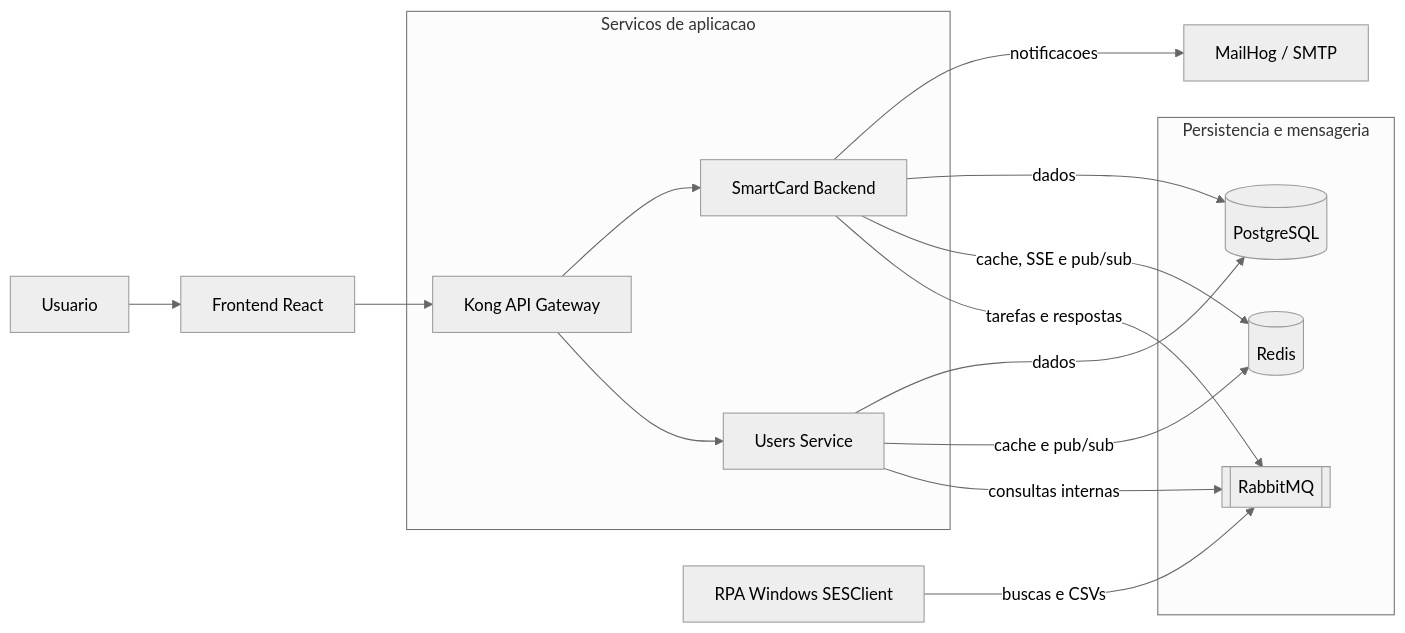
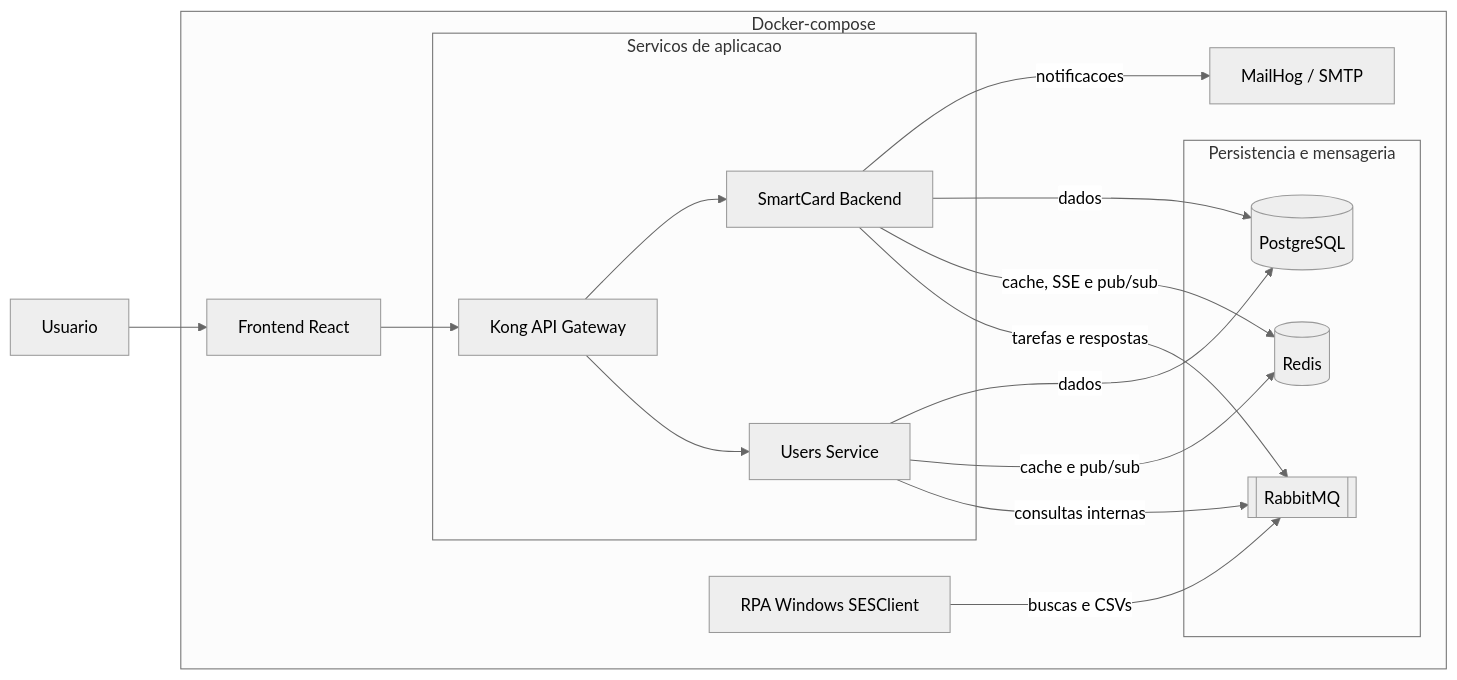
The diagram in README.md (AnaScassa/Projeto-LabAcess), drawn with Mermaid (neutral theme) before and after one commit.

Commit message:
atualizações

````diff
--- a/README.md
+++ b/README.md
@@ -7,25 +7,28 @@
 ```mermaid
 flowchart LR
 	U[Usuario] --> F[Frontend React]
-	F --> K[Kong API Gateway]
 
-	subgraph Servicos[Servicos de aplicacao]
-		K --> S[SmartCard Backend]
-		K --> US[Users Service]
+	subgraph Docker[Docker-compose]
+		F --> K[Kong API Gateway]
+
+		subgraph Servicos[Servicos de aplicacao]
+			K --> S[SmartCard Backend]
+			K --> US[Users Service]
+		end
+
+		subgraph Persistencia[Persistencia e mensageria]
+			DB[(PostgreSQL)]
+			R[(Redis)]
+			Q[[RabbitMQ]]
+		end
+
+		S -->|notificacoes| M[MailHog / SMTP]
+		S -->|dados| DB
+		US -->|dados| DB
+		S -->|cache, SSE e pub/sub| R
+		US -->|cache e pub/sub| R
+		S -->|tarefas e respostas| Q
+		US -->|consultas internas| Q
+		RPA[RPA Windows SESClient] -->|buscas e CSVs| Q
 	end
-
-	subgraph Persistencia[Persistencia e mensageria]
-		DB[(PostgreSQL)]
-		R[(Redis)]
-		Q[[RabbitMQ]]
-	end
-
-	S -->|notificacoes| M[MailHog / SMTP]
-	S -->|dados| DB
-	US -->|dados| DB
-	S -->|cache, SSE e pub/sub| R
-	US -->|cache e pub/sub| R
-	S -->|tarefas e respostas| Q
-	US -->|consultas internas| Q
-	RPA[RPA Windows SESClient] -->|buscas e CSVs| Q
 ```
````
